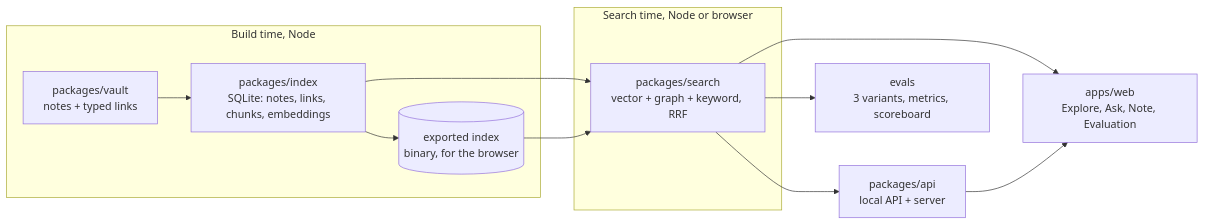
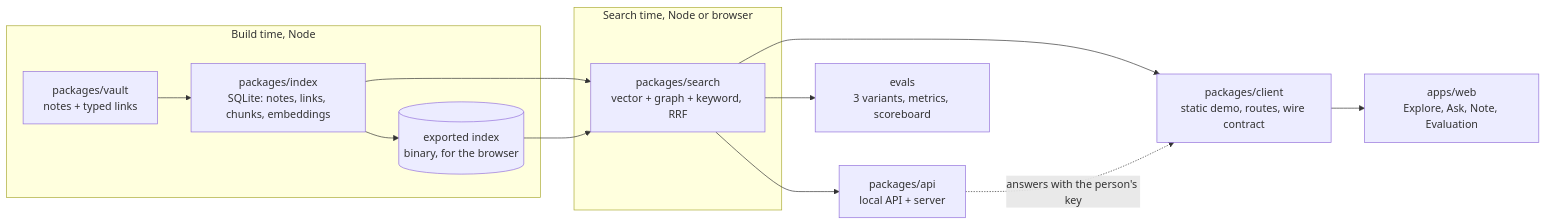
The diagram in docs/ARCHITECTURE.md (leonfpontes/graph-rag-vault), drawn with Mermaid before and after one commit. The commit also changed other lines of this file and 3 other files, not shown here.

````diff
--- a/docs/ARCHITECTURE.md
+++ b/docs/ARCHITECTURE.md
@@ -6,16 +6,17 @@
 ```mermaid
 flowchart LR
   subgraph build[Build time, Node]
     vault[packages/vault<br/>notes + typed links] --> index[packages/index<br/>SQLite: notes, links, chunks, embeddings]
     index --> export[(exported index<br/>binary, for the browser)]
   end
   subgraph run[Search time, Node or browser]
     search[packages/search<br/>vector + graph + keyword, RRF]
   end
   index --> search
   export --> search
+  search --> client[packages/client<br/>static demo, routes, wire contract]
   search --> api[packages/api<br/>local API + server]
-  search --> web[apps/web<br/>Explore, Ask, Note, Evaluation]
-  api --> web
+  client --> web[apps/web<br/>Explore, Ask, Note, Evaluation]
+  api -. answers with the person's key .-> client
   search --> evals[evals<br/>3 variants, metrics, scoreboard]
 ```
````
